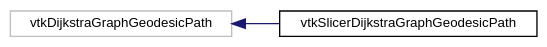
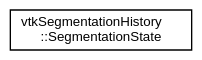
Before and after one commit to jamesobutler/apidocs.slicer.org: the diagram in master/inherit_graph_159.dot, drawn with Graphviz. The commit also changed 4823 other files, not shown here.

```diff
--- a/master/inherit_graph_159.dot
+++ b/master/inherit_graph_159.dot
@@ -1,10 +1,8 @@
 digraph "Graphical Class Hierarchy"
 {
   bgcolor="transparent";
   edge [fontname="Helvetica",fontsize="10",labelfontname="Helvetica",labelfontsize="10"];
   node [fontname="Helvetica",fontsize="10",shape=record];
   rankdir="LR";
-  Node384 [label="vtkDijkstraGraphGeodesicPath",height=0.2,width=0.4,color="grey75"];
-  Node384 -> Node0 [dir="back",color="midnightblue",fontsize="10",style="solid",fontname="Helvetica"];
-  Node0 [label="vtkSlicerDijkstraGraphGeodesicPath",height=0.2,width=0.4,color="black",URL="$classvtkSlicerDijkstraGraphGeodesicPath.html",tooltip="Filter that generates curves between points of an input polydata. "];
+  Node0 [label="vtkSegmentationHistory\l::SegmentationState",height=0.2,width=0.4,color="black",URL="$structvtkSegmentationHistory_1_1SegmentationState.html"];
 }
```
